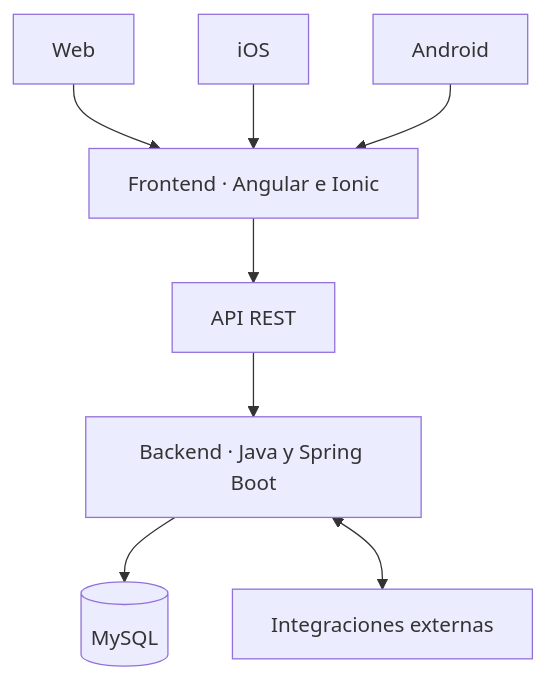
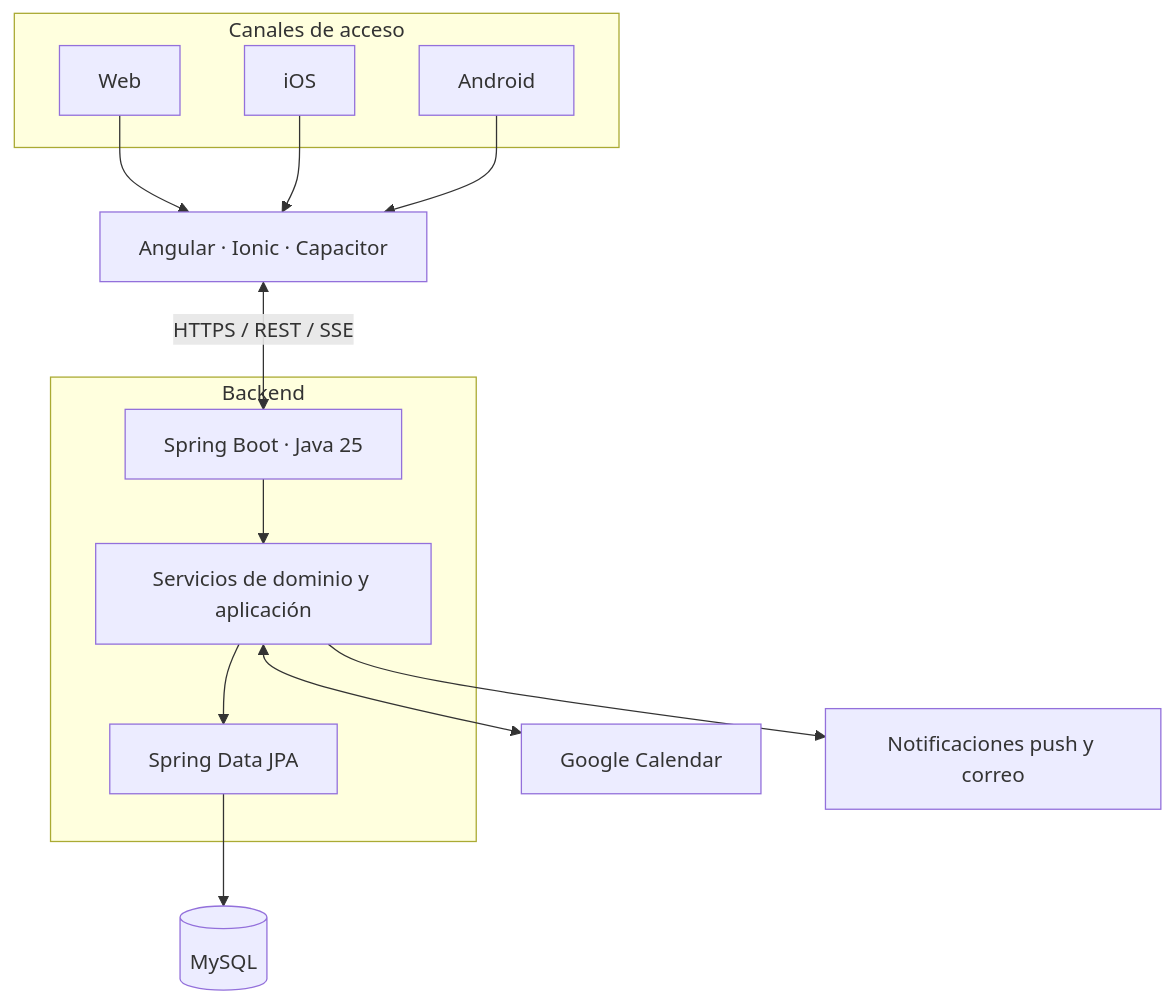
The first of 2 diagrams in README.md (fernandofv25/MeraCalendar-Public), drawn with Mermaid before and after one commit. The commit also changed other lines of this file, not shown here.

````diff
--- a/README.md
+++ b/README.md
@@ -51,10 +41,19 @@
 ```mermaid
 flowchart TD
-    W[Web] --> F[Frontend · Angular e Ionic]
-    I[iOS] --> F
-    A[Android] --> F
-    F --> API[API REST]
-    API --> B[Backend · Java y Spring Boot]
-    B --> DB[(MySQL)]
-    B <--> E[Integraciones externas]
+    subgraph Clients["Canales de acceso"]
+        W["Web"]
+        I["iOS"]
+        A["Android"]
+    end
+    W --> F["Angular · Ionic · Capacitor"]
+    I --> F
+    A --> F
+    F <-->|HTTPS / REST / SSE| C["Spring Boot · Java 25"]
+    subgraph Backend["Backend"]
+        C --> S["Servicios de dominio y aplicación"]
+        S --> R["Spring Data JPA"]
+    end
+    R --> DB[("MySQL")]
+    S <--> G["Google Calendar"]
+    S --> N["Notificaciones push y correo"]
 ```
````
